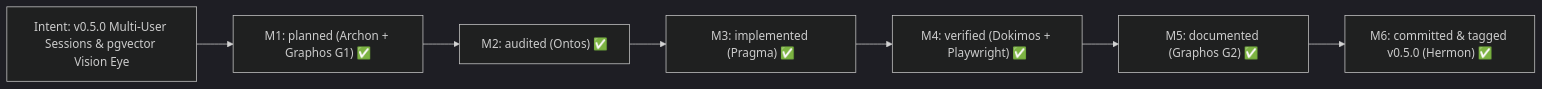
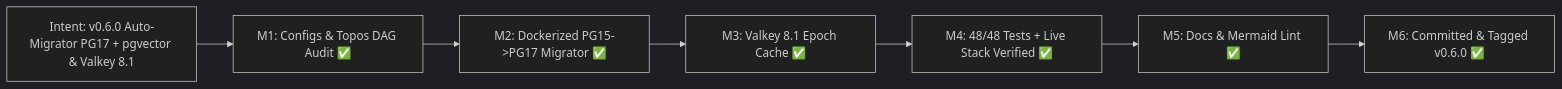
The diagram in docs/MILESTONES.md (ancrz/penpot-mcp-server), drawn with Mermaid (dark theme) before and after one commit. The commit also changed other lines of this file and 19 other files, not shown here.

Commit message:
feat(infra,cache): add dockerized PG17+pgvector auto-migrator and Valkey 8.1 epoch cache (v0.6.0)

````diff
--- a/docs/MILESTONES.md
+++ b/docs/MILESTONES.md
@@ -5,9 +5,9 @@
 ```mermaid
 flowchart LR
-    I["Intent: v0.5.0 Multi-User Sessions & pgvector Vision Eye"] --> M1["M1: planned (Archon + Graphos G1) ✅"]
-    M1 --> M2["M2: audited (Ontos) ✅"]
-    M2 --> M3["M3: implemented (Pragma) ✅"]
-    M3 --> M4["M4: verified (Dokimos + Playwright) ✅"]
-    M4 --> M5["M5: documented (Graphos G2) ✅"]
-    M5 --> M6["M6: committed & tagged v0.5.0 (Hermon) ✅"]
+    I["Intent: v0.6.0 Auto-Migrator PG17 + pgvector & Valkey 8.1"] --> M1["M1: Configs & Topos DAG Audit ✅"]
+    M1 --> M2["M2: Dockerized PG15->PG17 Migrator ✅"]
+    M2 --> M3["M3: Valkey 8.1 Epoch Cache ✅"]
+    M3 --> M4["M4: 48/48 Tests + Live Stack Verified ✅"]
+    M4 --> M5["M5: Docs & Mermaid Lint ✅"]
+    M5 --> M6["M6: Committed & Tagged v0.6.0 ✅"]
 ```
````
